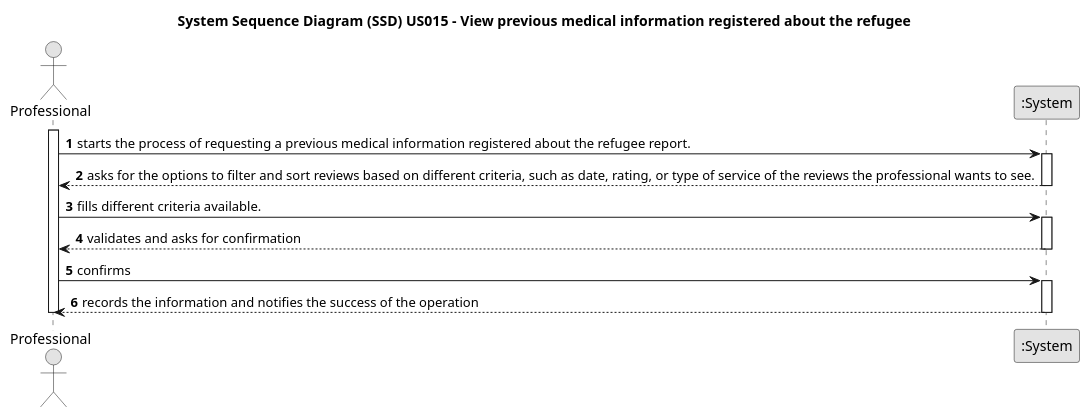
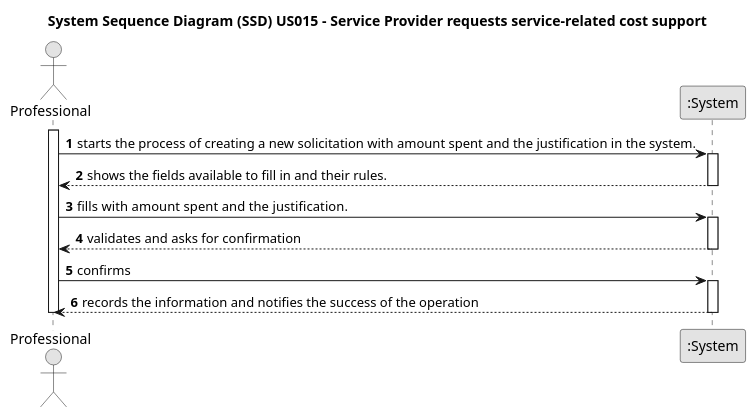
One commit to Chirano/GladlyGiven changed the diagram in javaSprint2GladlyGiven/Docs/UseCases/uc015/requeriments/puml/us015-SSD.puml. Above: the diagram before and after it, drawn with PlantUML. The commit also changed 106 other files, not shown here.

```diff
--- a/javaSprint2GladlyGiven/Docs/UseCases/uc015/requeriments/puml/us015-SSD.puml
+++ b/javaSprint2GladlyGiven/Docs/UseCases/uc015/requeriments/puml/us015-SSD.puml
@@ -1,31 +1,30 @@
 @startuml
 skinparam monochrome true
 skinparam packageStyle rectangle
 skinparam shadowing false
 
-title System Sequence Diagram (SSD) US015 - View previous medical information registered about the refugee
+title System Sequence Diagram (SSD) US015 - Service Provider requests service-related cost support
 
 autonumber
 
 actor Professional
 participant ":System" as System
 
 activate Professional
-    Professional -> System : starts the process of requesting a previous medical information registered about the refugee report.
+    Professional -> System : starts the process of creating a new solicitation with amount spent and the justification in the system.
     activate System
-        System --> Professional : asks for the options to filter and sort reviews based on different criteria, such as date, rating, or type of service of the reviews the professional wants to see.
+        System --> Professional : shows the fields available to fill in and their rules.
     deactivate System
 
-    Professional -> System : fills different criteria available.
-
+    Professional -> System : fills  with amount spent and the justification.
     activate System
         System --> Professional : validates and asks for confirmation
     deactivate System
 
     Professional -> System : confirms
     activate System
         System --> Professional : records the information and notifies the success of the operation
     deactivate System
 deactivate Professional
 
 @enduml
```
